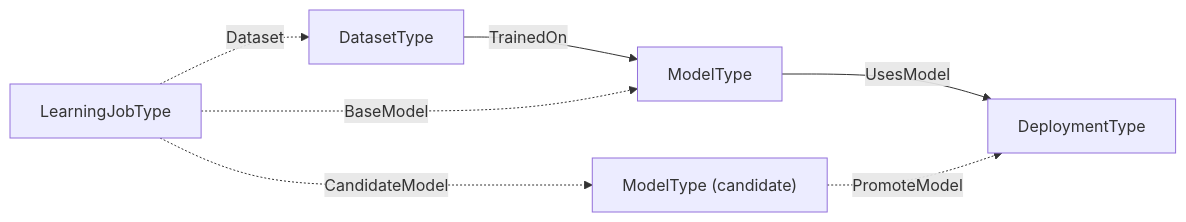
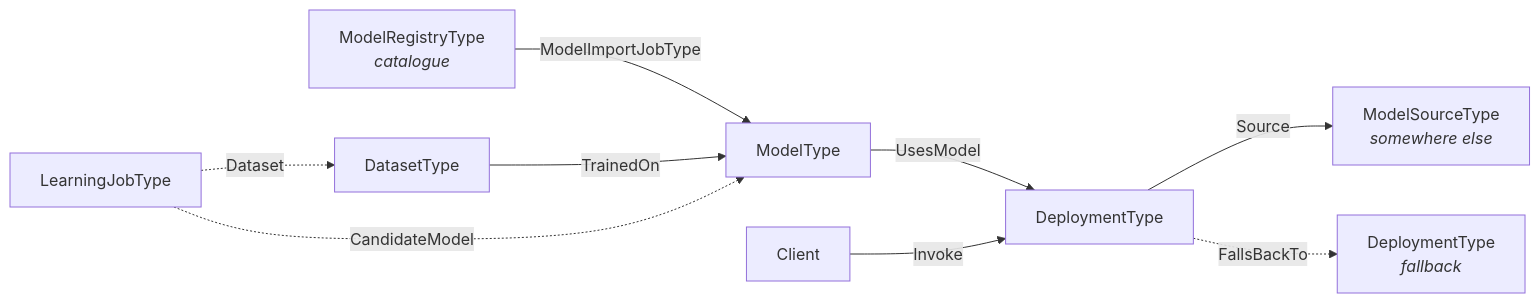
Before and after one commit to marcschier/opcua-drafts: the first of 2 diagrams in metaverse-specs/ai-deployment/OPC-UA-AI-Deployment.md, drawn with Mermaid. The commit also changed other lines of this file and 8 other files, not shown here.

````diff
--- a/metaverse-specs/ai-deployment/OPC-UA-AI-Deployment.md
+++ b/metaverse-specs/ai-deployment/OPC-UA-AI-Deployment.md
@@ -74,9 +86,11 @@
 ```mermaid
 flowchart LR
+    CAT["ModelRegistryType<br/><i>catalogue</i>"] -->|ModelImportJobType| M
     D["DatasetType"] -->|TrainedOn| M["ModelType"]
     M -->|UsesModel| P["DeploymentType"]
-    J["LearningJobType"] -.->|BaseModel| M
-    J -.->|CandidateModel| M2["ModelType (candidate)"]
+    P -->|Source| S["ModelSourceType<br/><i>somewhere else</i>"]
+    P -.->|FallsBackTo| P2["DeploymentType<br/><i>fallback</i>"]
+    C["Client"] -->|Invoke| P
+    J["LearningJobType"] -.->|CandidateModel| M
     J -.->|Dataset| D
-    M2 -.->|PromoteModel| P
 ```
````
